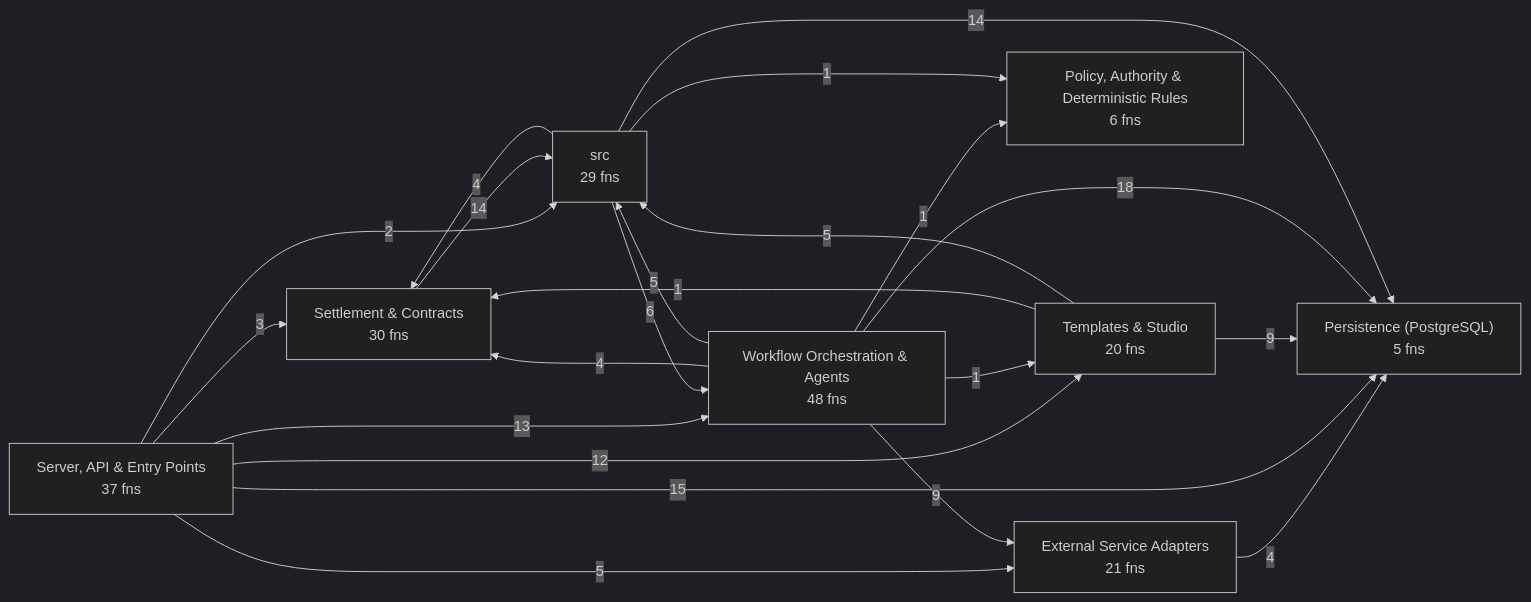
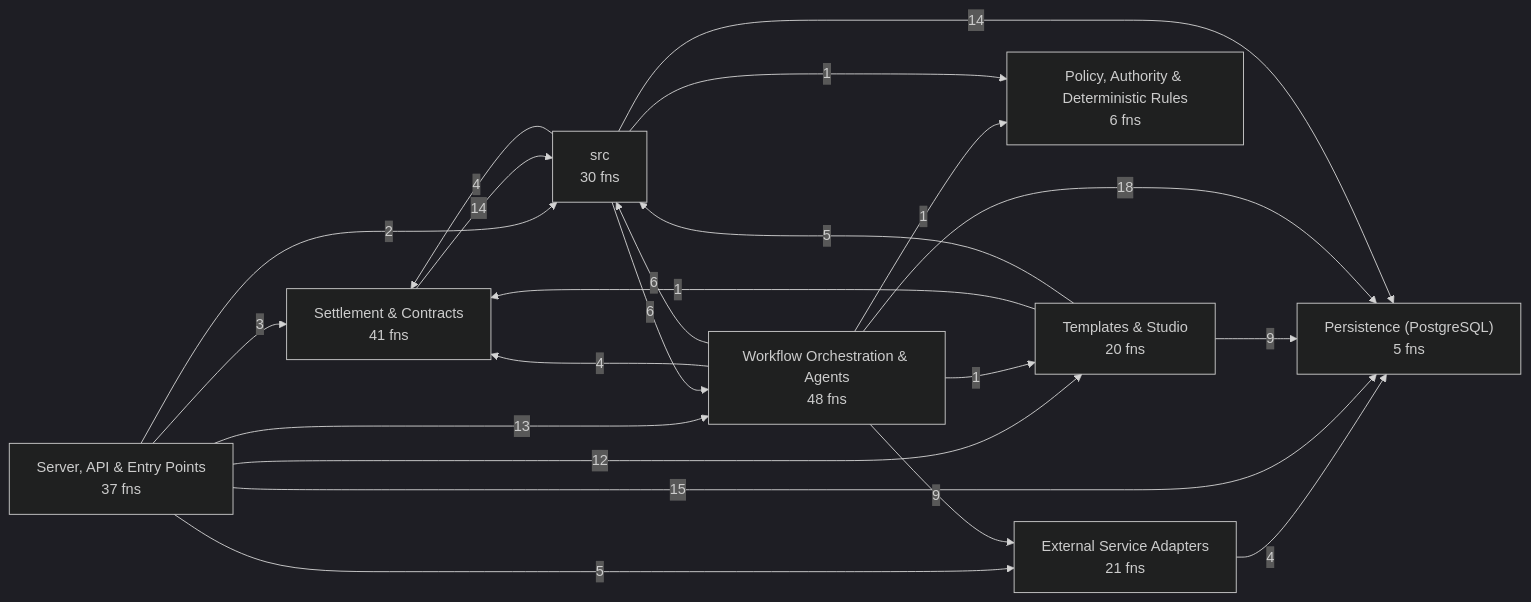
One commit to Jaydearcadian/bind changed the first of 8 diagrams in docs/CODEBASE_MAP.md. Above: the diagram before and after it, drawn with Mermaid (dark theme). The commit also changed other lines of this file and 7 other files, not shown here.

````diff
--- a/docs/CODEBASE_MAP.md
+++ b/docs/CODEBASE_MAP.md
@@ -12,32 +12,32 @@
 ```mermaid
 flowchart LR
   L0["External Service Adapters<br/>21 fns"]
   L1["Persistence (PostgreSQL)<br/>5 fns"]
   L2["Policy, Authority & Deterministic Rules<br/>6 fns"]
   L3["Server, API & Entry Points<br/>37 fns"]
-  L4["Settlement & Contracts<br/>30 fns"]
+  L4["Settlement & Contracts<br/>41 fns"]
   L5["Templates & Studio<br/>20 fns"]
   L6["Workflow Orchestration & Agents<br/>48 fns"]
-  L7["src<br/>29 fns"]
+  L7["src<br/>30 fns"]
   L0 -->|4| L1
   L3 -->|5| L0
   L3 -->|15| L1
   L3 -->|3| L4
   L3 -->|12| L5
   L3 -->|13| L6
   L3 -->|2| L7
   L4 -->|14| L7
   L5 -->|9| L1
   L5 -->|1| L4
   L5 -->|5| L7
   L6 -->|9| L0
   L6 -->|18| L1
   L6 -->|1| L2
   L6 -->|4| L4
   L6 -->|1| L5
-  L6 -->|5| L7
+  L6 -->|6| L7
   L7 -->|14| L1
   L7 -->|1| L2
   L7 -->|4| L4
   L7 -->|6| L6
 ```
````
